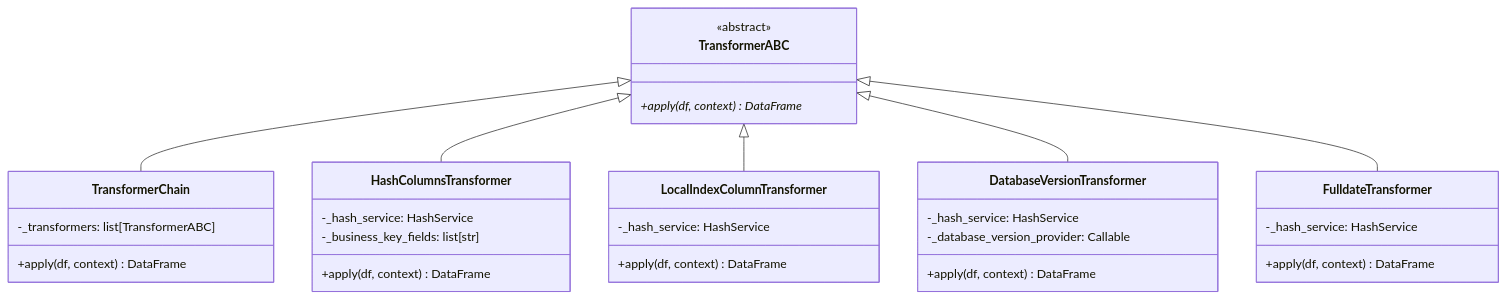
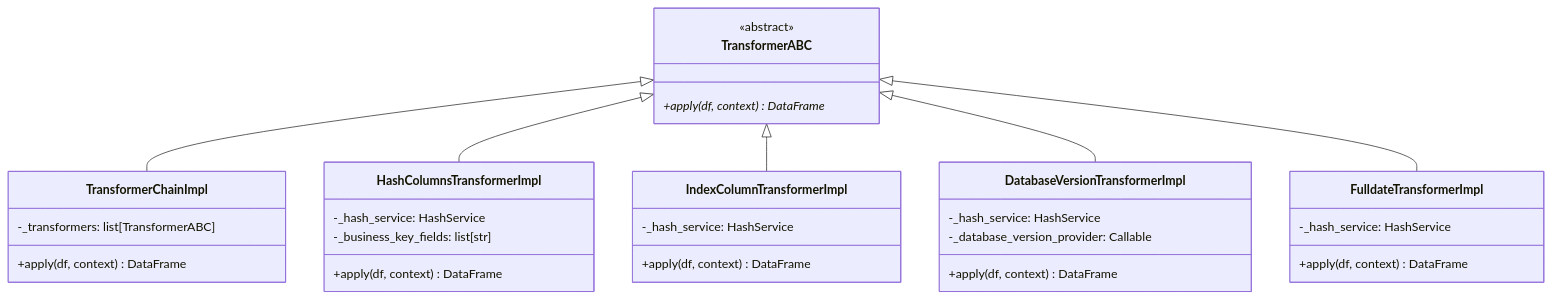
The second of 10 diagrams in docs/architecture/14-class-diagrams-domain.md (SatoryKono/BioactivityDataAcquisition), drawn with Mermaid before and after one commit. The commit also changed 7 other files, not shown here.

Commit message:
Align hash transformer naming with Impl suffix

````diff
--- a/docs/architecture/14-class-diagrams-domain.md
+++ b/docs/architecture/14-class-diagrams-domain.md
@@ -57,43 +57,43 @@
 ```mermaid
 ---
 id: dd6eff40-65cb-44d4-9032-b41719890c6a
 ---
 classDiagram
     class TransformerABC {
         <<abstract>>
         +apply(df, context)* DataFrame
     }
 
-    class TransformerChain {
+    class TransformerChainImpl {
         -_transformers: list[TransformerABC]
         +apply(df, context) DataFrame
     }
 
-    class HashColumnsTransformer {
+    class HashColumnsTransformerImpl {
         -_hash_service: HashService
         -_business_key_fields: list[str]
         +apply(df, context) DataFrame
     }
 
-    class LocalIndexColumnTransformer {
+    class IndexColumnTransformerImpl {
         -_hash_service: HashService
         +apply(df, context) DataFrame
     }
 
-    class DatabaseVersionTransformer {
+    class DatabaseVersionTransformerImpl {
         -_hash_service: HashService
         -_database_version_provider: Callable
         +apply(df, context) DataFrame
     }
 
-    class FulldateTransformer {
+    class FulldateTransformerImpl {
         -_hash_service: HashService
         +apply(df, context) DataFrame
     }
 
-    TransformerABC <|-- TransformerChain
-    TransformerABC <|-- HashColumnsTransformer
-    TransformerABC <|-- LocalIndexColumnTransformer
-    TransformerABC <|-- DatabaseVersionTransformer
-    TransformerABC <|-- FulldateTransformer
+    TransformerABC <|-- TransformerChainImpl
+    TransformerABC <|-- HashColumnsTransformerImpl
+    TransformerABC <|-- IndexColumnTransformerImpl
+    TransformerABC <|-- DatabaseVersionTransformerImpl
+    TransformerABC <|-- FulldateTransformerImpl
 ```
````
